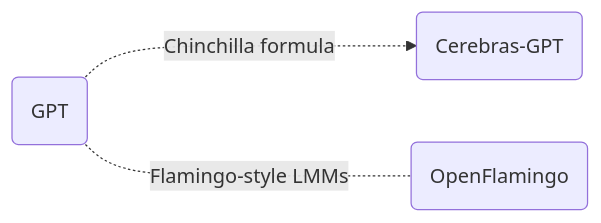
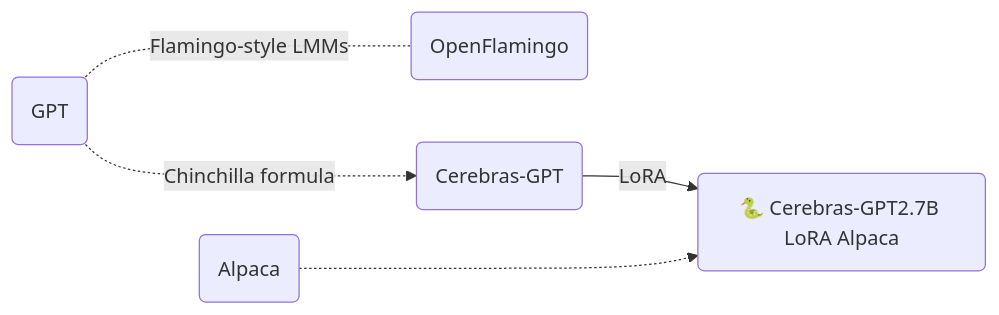
The third of 4 diagrams in src/ml/llama.md (gist-rs/book), drawn with Mermaid before and after one commit. The commit also changed other lines of this file, not shown here.

Commit message:
feat: add Cerebras-GPT2.7B LoRA Alpaca ShortPrompt

````diff
--- a/src/ml/llama.md
+++ b/src/ml/llama.md
@@ -84,6 +84,7 @@
 ```mermaid
 graph LR;
 Z("GPT")
-Z-.Chinchilla formula..->Y("Cerebras-GPT")
 Z-.Flamingo-style LMMs..-X("OpenFlamingo")
+Z-.Chinchilla formula..->Y("Cerebras-GPT")--LoRA--> YY("🐍 Cerebras-GPT2.7B LoRA Alpaca")
+W("Alpaca")-..->YY
 ```
````
